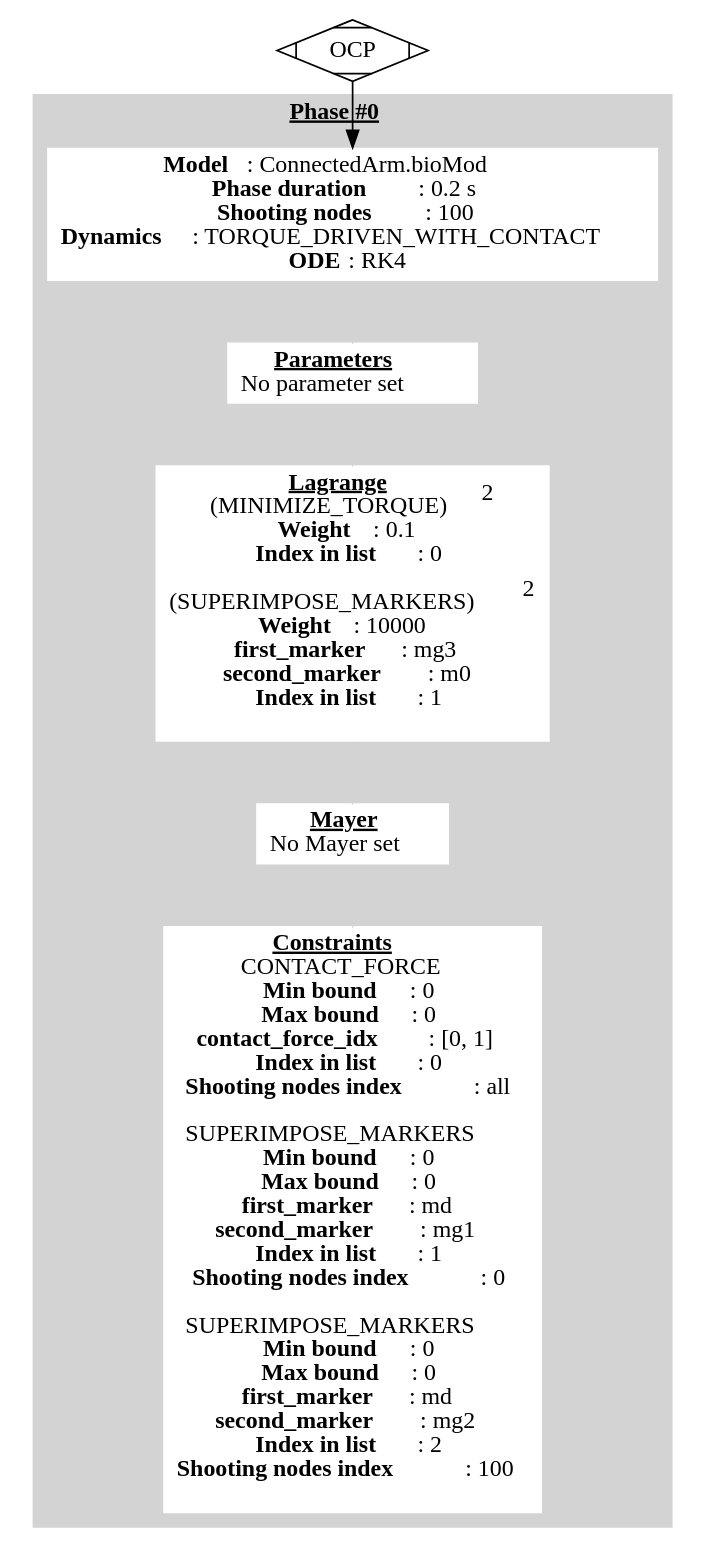
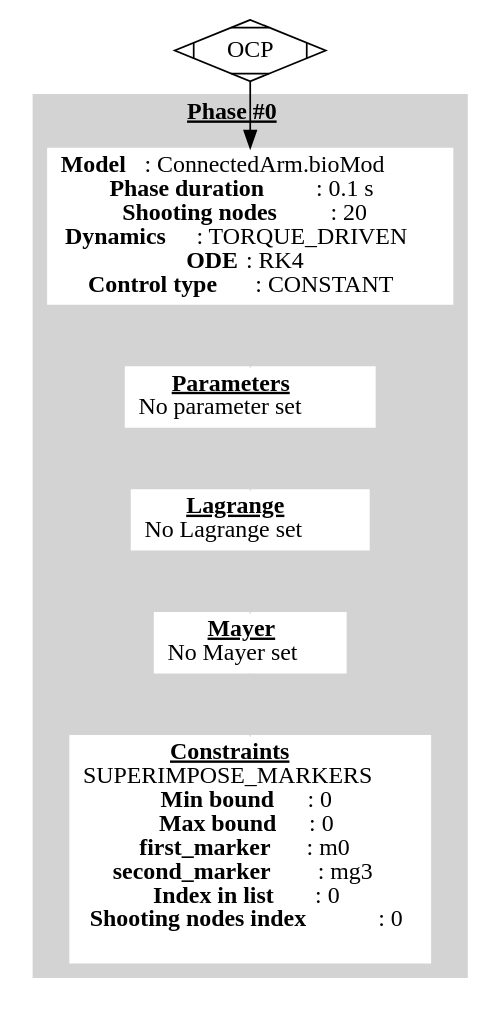
Before and after one commit to Ipuch/My_bioptim_examples: the diagram in Closed_Loop/ocp_graph.gv, drawn with Graphviz. The commit also changed 35 other files, not shown here.

```diff
--- a/Closed_Loop/ocp_graph.gv
+++ b/Closed_Loop/ocp_graph.gv
@@ -1,24 +1,24 @@
 digraph ocp_graph {
 	node [shape=plaintext]
 	OCP [shape=Mdiamond]
 	subgraph cluster_0 {
 		node [color=white style=filled]
 		color=lightgrey style=filled
 		label=<<u><b>Phase #0</b></u>>
-		nlp_node_0 [label=<<b>Model</b>: ConnectedArm.bioMod<br/><b>Phase duration</b>: 0.2 s<br/><b>Shooting nodes</b>: 100<br/><b>Dynamics</b>: TORQUE_DRIVEN_WITH_CONTACT<br/><b>ODE</b>: RK4>]
+		nlp_node_0 [label=<<b>Model</b>: ConnectedArm.bioMod<br/><b>Phase duration</b>: 0.1 s<br/><b>Shooting nodes</b>: 20<br/><b>Dynamics</b>: TORQUE_DRIVEN<br/><b>ODE</b>: RK4<br/><b>Control type</b>: CONSTANT>]
 		param_00 [label=<<u><b>Parameters</b></u><br/> No parameter set>]
-		lagrange_0 [label=<<u><b>Lagrange</b></u><br/>(MINIMIZE_TORQUE)<sup>2</sup><br/><b>Weight</b>: 0.1<br/><b>Index in list</b>: 0<br/><br/>(SUPERIMPOSE_MARKERS)<sup>2</sup><br/><b>Weight</b>: 10000<br/><b>first_marker</b>: mg3<br/><b>second_marker</b>: m0<br/><b>Index in list</b>: 1<br/><br/>>]
+		lagrange_0 [label=<<u><b>Lagrange</b></u><br/> No Lagrange set>]
 		mayer_node_0 [label=<<u><b>Mayer</b></u><br/>No Mayer set>]
-		constraints_node_0 [label=<<u><b>Constraints</b></u><br/>CONTACT_FORCE<br/><b>Min bound</b>: 0<br/><b>Max bound</b>: 0<br/><b>contact_force_idx</b>: [0, 1]<br/><b>Index in list</b>: 0<br/><b>Shooting nodes index</b>: all<br/><br/>SUPERIMPOSE_MARKERS<br/><b>Min bound</b>: 0<br/><b>Max bound</b>: 0<br/><b>first_marker</b>: md<br/><b>second_marker</b>: mg1<br/><b>Index in list</b>: 1<br/><b>Shooting nodes index</b>: 0<br/><br/>SUPERIMPOSE_MARKERS<br/><b>Min bound</b>: 0<br/><b>Max bound</b>: 0<br/><b>first_marker</b>: md<br/><b>second_marker</b>: mg2<br/><b>Index in list</b>: 2<br/><b>Shooting nodes index</b>: 100<br/><br/>>]
+		constraints_node_0 [label=<<u><b>Constraints</b></u><br/>SUPERIMPOSE_MARKERS<br/><b>Min bound</b>: 0<br/><b>Max bound</b>: 0<br/><b>first_marker</b>: m0<br/><b>second_marker</b>: mg3<br/><b>Index in list</b>: 0<br/><b>Shooting nodes index</b>: 0<br/><br/>>]
 	}
 	OCP -> nlp_node_0
 	nlp_node_0 -> param_00 [color=lightgrey]
 	param_00 -> lagrange_0 [color=lightgrey]
 	lagrange_0 -> mayer_node_0 [color=lightgrey]
 	mayer_node_0 -> constraints_node_0 [color=lightgrey]
 	subgraph cluster_phase_transitions {
 		node [color=grey style=filled]
 		color=invis style=""
 		label=<<u><b>Phase transitions</b></u>>
 	}
 }
```
